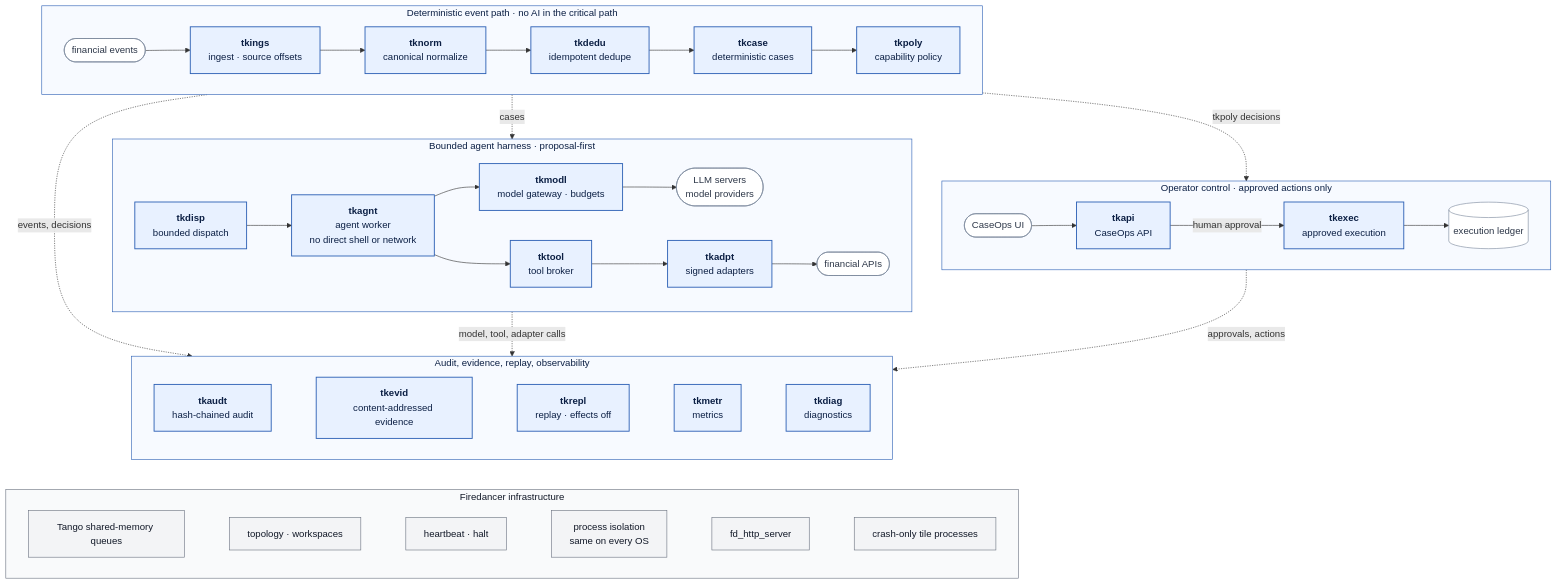
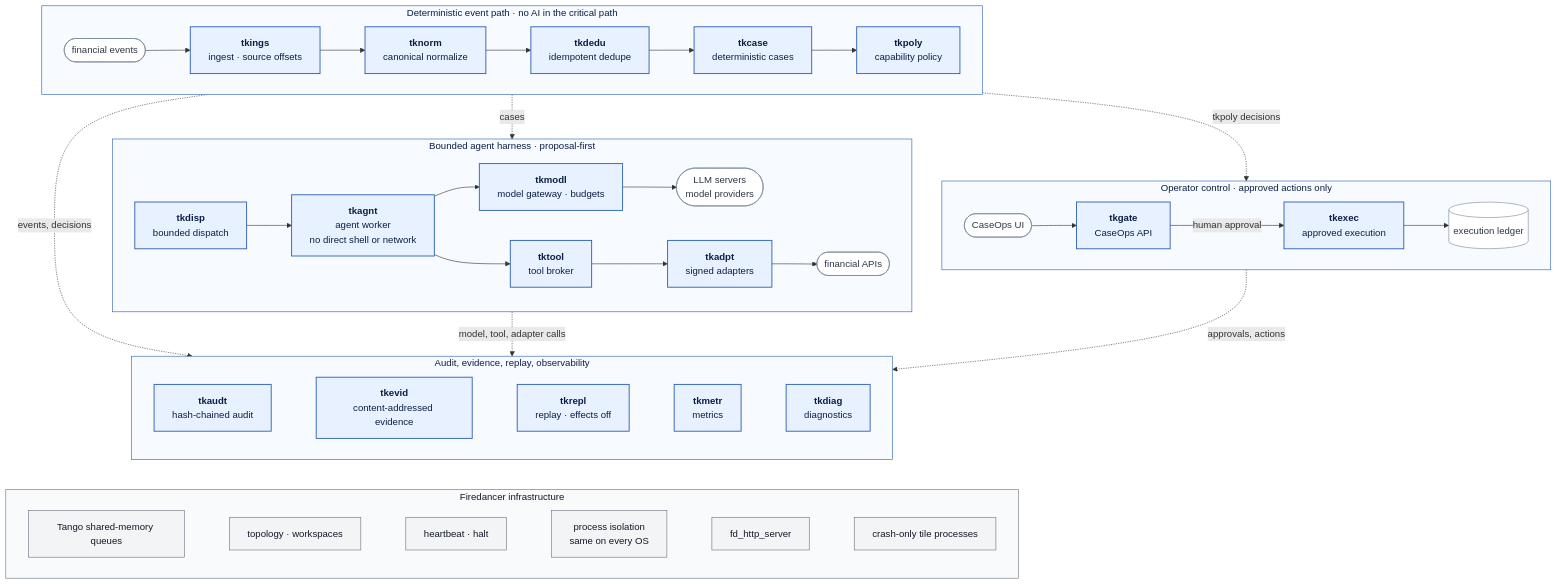
One commit to deeprnd/tickoni changed the diagram in doc/knowledge/diagrams/tile-architecture.md. Above: the diagram before and after it, drawn with Mermaid. The commit also changed other lines of this file and 88 other files, not shown here.

````diff
--- a/doc/knowledge/diagrams/tile-architecture.md
+++ b/doc/knowledge/diagrams/tile-architecture.md
@@ -17,80 +17,80 @@
 ```mermaid
 flowchart TB
   subgraph events["Deterministic event path · no AI in the critical path"]
     direction LR
     src(["financial events"])
     tkings["<b>tkings</b><br/>ingest · source offsets"]
     tknorm["<b>tknorm</b><br/>canonical normalize"]
     tkdedu["<b>tkdedu</b><br/>idempotent dedupe"]
     tkcase["<b>tkcase</b><br/>deterministic cases"]
     tkpoly["<b>tkpoly</b><br/>capability policy"]
     src --> tkings --> tknorm --> tkdedu --> tkcase --> tkpoly
   end
 
   subgraph agents["Bounded agent harness · proposal-first"]
     direction LR
     tkdisp["<b>tkdisp</b><br/>bounded dispatch"]
     tkagnt["<b>tkagnt</b><br/>agent worker<br/>no direct shell or network"]
     tkmodl["<b>tkmodl</b><br/>model gateway · budgets"]
     tktool["<b>tktool</b><br/>tool broker"]
     tkadpt["<b>tkadpt</b><br/>signed adapters"]
     llm(["LLM servers<br/>model providers"])
     apis(["financial APIs"])
     tkdisp --> tkagnt
     tkagnt --> tkmodl --> llm
     tkagnt --> tktool --> tkadpt --> apis
   end
 
   subgraph control["Operator control · approved actions only"]
     direction LR
     ui(["CaseOps UI"])
-    tkapi["<b>tkapi</b><br/>CaseOps API"]
+    tkgate["<b>tkgate</b><br/>CaseOps API"]
     tkexec["<b>tkexec</b><br/>approved execution"]
     ledger[("execution ledger")]
-    ui --> tkapi
-    tkapi -- "human approval" --> tkexec
+    ui --> tkgate
+    tkgate -- "human approval" --> tkexec
     tkexec --> ledger
   end
 
   subgraph record["Audit, evidence, replay, observability"]
     direction LR
     tkaudt["<b>tkaudt</b><br/>hash-chained audit"]
     tkevid["<b>tkevid</b><br/>content-addressed evidence"]
     tkrepl["<b>tkrepl</b><br/>replay · effects off"]
     tkmetr["<b>tkmetr</b><br/>metrics"]
     tkdiag["<b>tkdiag</b><br/>diagnostics"]
     tkaudt ~~~ tkevid ~~~ tkrepl ~~~ tkmetr ~~~ tkdiag
   end
 
   subgraph substrate["Firedancer infrastructure"]
     direction LR
     tango["Tango shared-memory queues"]
     topo["topology · workspaces"]
     cnc["heartbeat · halt"]
     sandbox["process isolation<br/>same on every OS"]
     http["fd_http_server"]
     crash["crash-only tile processes"]
     tango ~~~ topo ~~~ cnc ~~~ sandbox ~~~ http ~~~ crash
   end
 
   events -. "cases" .-> agents
   events -. "tkpoly decisions" .-> control
   events -. "events, decisions" .-> record
   agents -. "model, tool, adapter calls" .-> record
   control -. "approvals, actions" .-> record
   record ~~~ substrate
 
   classDef tile fill:#e8f1ff,stroke:#2b5fb4,stroke-width:1.5px,color:#0b1f44
   classDef external fill:#ffffff,stroke:#7a869a,stroke-width:1px,color:#2d3748
   classDef infra fill:#f3f4f6,stroke:#6b7280,stroke-width:1px,color:#111827
 
-  class tkings,tknorm,tkdedu,tkcase,tkpoly,tkdisp,tkagnt,tkmodl,tktool,tkadpt,tkapi,tkexec,tkaudt,tkevid,tkrepl,tkmetr,tkdiag tile
+  class tkings,tknorm,tkdedu,tkcase,tkpoly,tkdisp,tkagnt,tkmodl,tktool,tkadpt,tkgate,tkexec,tkaudt,tkevid,tkrepl,tkmetr,tkdiag tile
   class src,llm,apis,ui,ledger external
   class tango,topo,cnc,sandbox,http,crash infra
 
   style events fill:#f7faff,stroke:#2b5fb4,color:#0b1f44
   style agents fill:#f7faff,stroke:#2b5fb4,color:#0b1f44
   style control fill:#f7faff,stroke:#2b5fb4,color:#0b1f44
   style record fill:#f7faff,stroke:#2b5fb4,color:#0b1f44
   style substrate fill:#f9fafb,stroke:#6b7280,color:#111827
 ```
````
